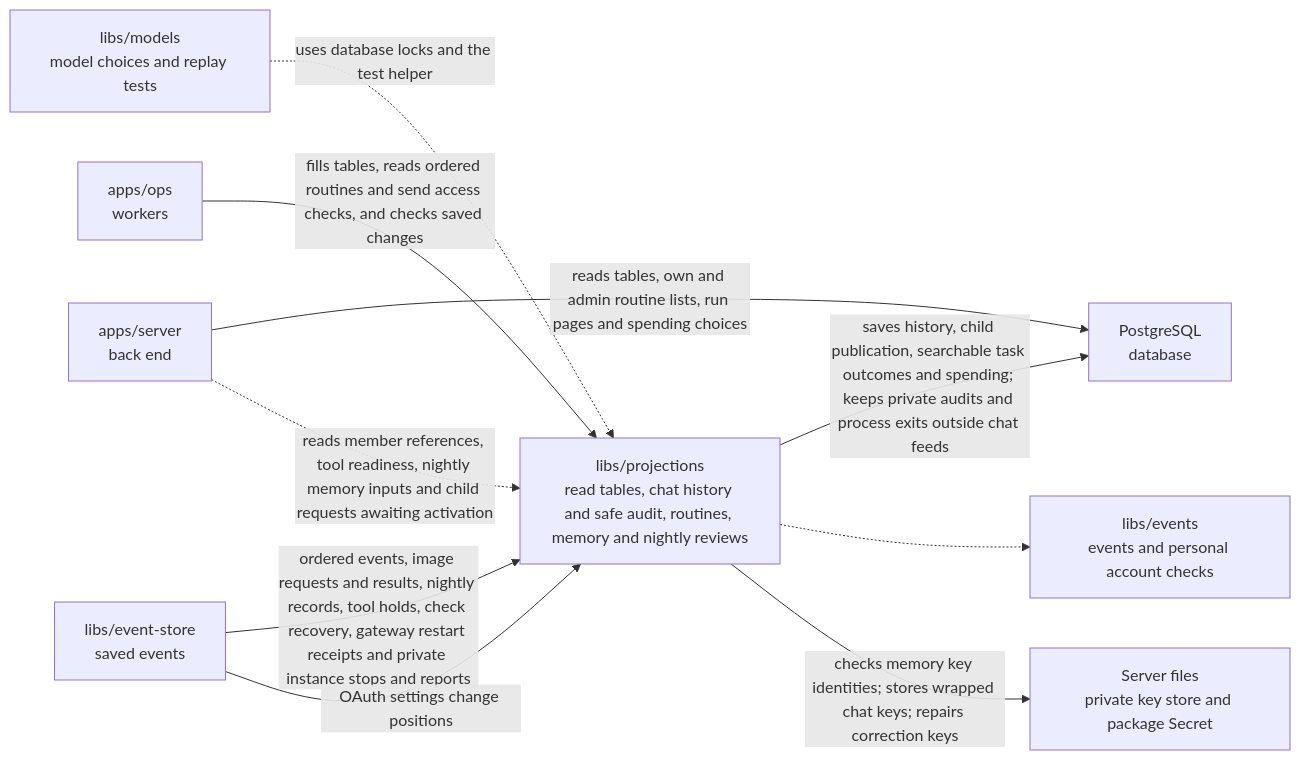
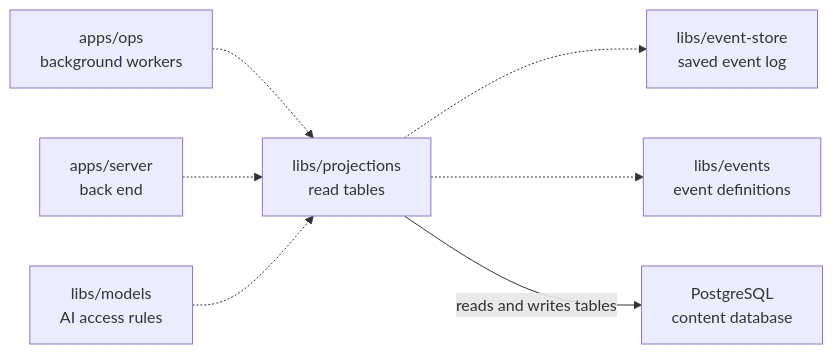
One commit to elewa-git/opencrane-new changed the diagram in libs/projections/README.md. Above: the diagram before and after it, drawn with Mermaid. The commit also changed other lines of this file and 12 other files, not shown here.

````diff
--- a/libs/projections/README.md
+++ b/libs/projections/README.md
@@ -68,12 +19,9 @@
 ```mermaid
 flowchart LR
-  models["libs/models<br/>model choices and replay tests"] -.->|uses database locks and the test helper| projections
-  ops["apps/ops<br/>workers"] -->|fills tables, reads ordered routines and send access checks, and checks saved changes| projections["libs/projections<br/>read tables, chat history and safe audit, routines, memory and nightly reviews"]
-  server["apps/server<br/>back end"] -->|reads tables, own and admin routine lists, run pages and spending choices| pg["PostgreSQL<br/>database"]
-  projections -->|saves history, child publication, searchable task outcomes and spending; keeps private audits and process exits outside chat feeds| pg
-  store["libs/event-store<br/>saved events"] -->|ordered events, image requests and results, nightly records, tool holds, check recovery, gateway restart receipts and private instance stops and reports| projections
-  server -.->|reads member references, tool readiness, nightly memory inputs and child requests awaiting activation| projections
-  projections -.-> events["libs/events<br/>events and personal account checks"]
-  projections -->|checks memory key identities; stores wrapped chat keys; repairs correction keys| keys["Server files<br/>private key store and package Secret"]
-  store -->|OAuth settings change positions| projections
+  ops["apps/ops<br/>background workers"] -.-> projections["libs/projections<br/>read tables"]
+  server["apps/server<br/>back end"] -.-> projections
+  models["libs/models<br/>AI access rules"] -.-> projections
+  projections -.-> store["libs/event-store<br/>saved event log"]
+  projections -.-> events["libs/events<br/>event definitions"]
+  projections -->|reads and writes tables| pg["PostgreSQL<br/>content database"]
 ```
````
